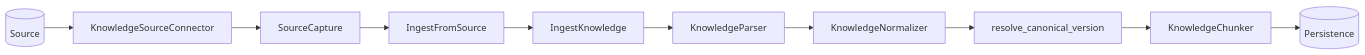
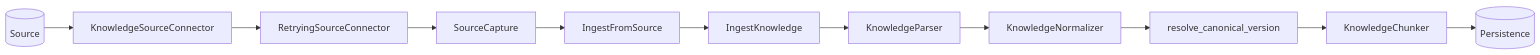
One commit to kumarchandansingh/tropos changed the first of 2 diagrams in docs/architecture/CODEBASE_MAP.md. Above: the diagram before and after it, drawn with Mermaid. The commit also changed other lines of this file and 9 other files, not shown here.

First line of the commit message:
feat: add bounded source connector reliability (#15)

````diff
--- a/docs/architecture/CODEBASE_MAP.md
+++ b/docs/architecture/CODEBASE_MAP.md
@@ -74,13 +77,14 @@
 ```mermaid
 flowchart LR
     Source[(Source)]
     --> Connector[KnowledgeSourceConnector]
+    --> Reliable[RetryingSourceConnector]
     --> Capture[SourceCapture]
     --> SourceUseCase[IngestFromSource]
     --> Ingestion[IngestKnowledge]
     --> Parser[KnowledgeParser]
     --> Normalizer[KnowledgeNormalizer]
     --> Version[resolve_canonical_version]
     --> Chunker[KnowledgeChunker]
     --> Store[(Persistence)]
 ```
````
